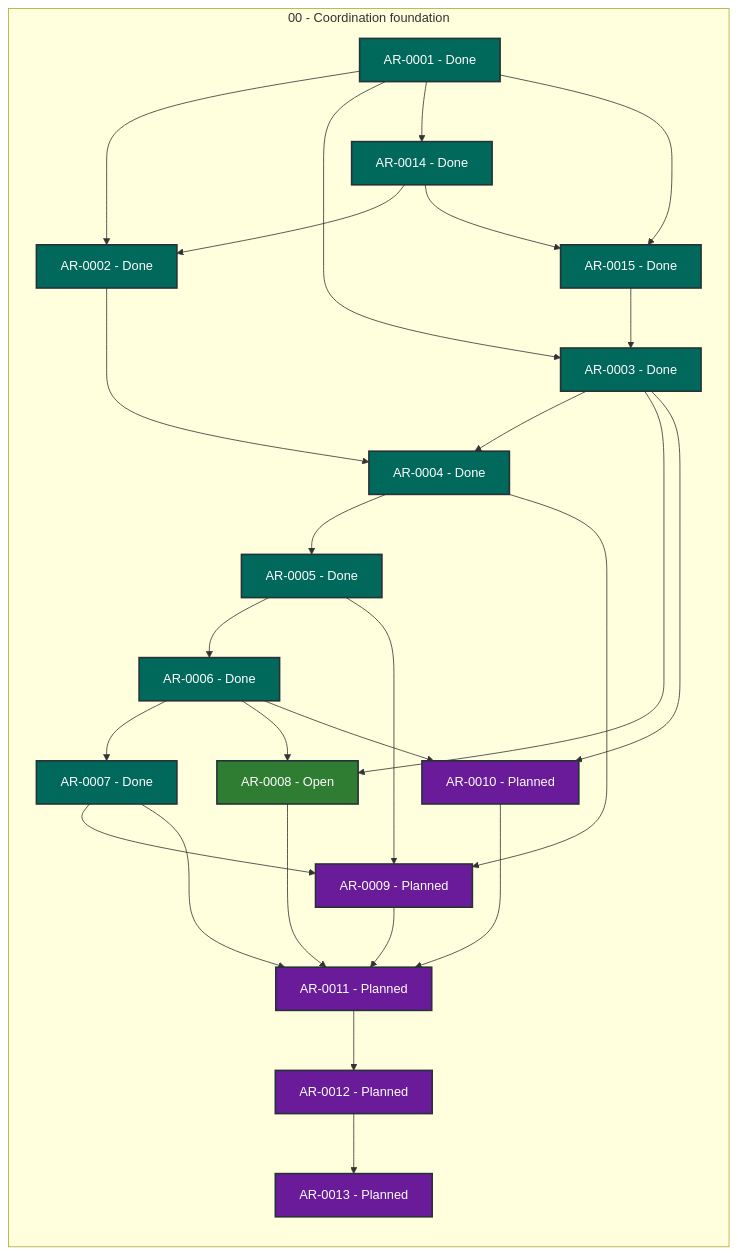
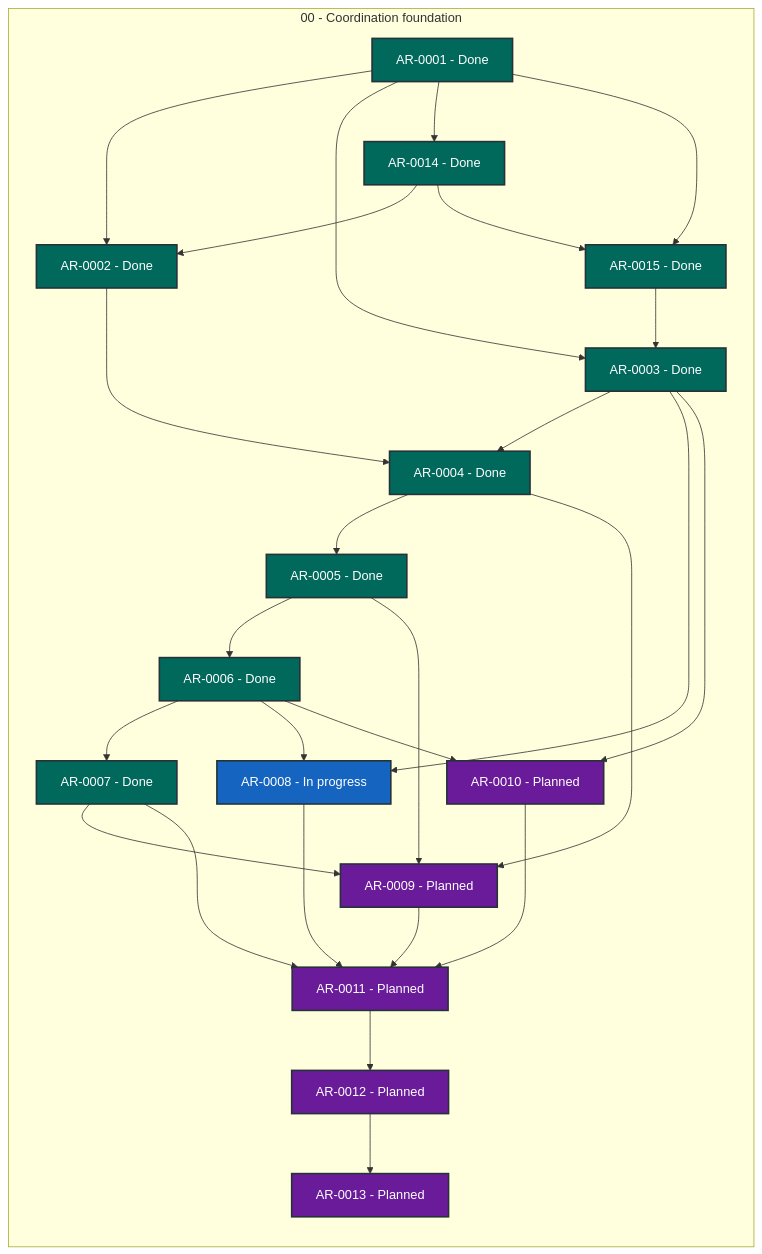
The diagram in STATUS.md (martin-beck/agent-workflow-tui-state), drawn with Mermaid before and after one commit. The commit also changed other lines of this file and 2 other files, not shown here.

````diff
--- a/STATUS.md
+++ b/STATUS.md
@@ -27,54 +27,54 @@
 ```mermaid
 flowchart LR
     subgraph series_00["00 - Coordination foundation"]
         direction TB
         AR_0001["AR-0001 - Done"]:::status_done
         AR_0002["AR-0002 - Done"]:::status_done
         AR_0003["AR-0003 - Done"]:::status_done
         AR_0004["AR-0004 - Done"]:::status_done
         AR_0005["AR-0005 - Done"]:::status_done
         AR_0006["AR-0006 - Done"]:::status_done
         AR_0007["AR-0007 - Done"]:::status_done
-        AR_0008["AR-0008 - Open"]:::status_open
+        AR_0008["AR-0008 - In progress"]:::status_in_progress
         AR_0009["AR-0009 - Planned"]:::status_planned
         AR_0010["AR-0010 - Planned"]:::status_planned
         AR_0011["AR-0011 - Planned"]:::status_planned
         AR_0012["AR-0012 - Planned"]:::status_planned
         AR_0013["AR-0013 - Planned"]:::status_planned
         AR_0014["AR-0014 - Done"]:::status_done
         AR_0015["AR-0015 - Done"]:::status_done
     end
     AR_0001 --> AR_0002
     AR_0001 --> AR_0003
     AR_0001 --> AR_0014
     AR_0001 --> AR_0015
     AR_0002 --> AR_0004
     AR_0003 --> AR_0004
     AR_0003 --> AR_0008
     AR_0003 --> AR_0010
     AR_0004 --> AR_0005
     AR_0004 --> AR_0009
     AR_0005 --> AR_0006
     AR_0005 --> AR_0009
     AR_0006 --> AR_0007
     AR_0006 --> AR_0008
     AR_0006 --> AR_0010
     AR_0007 --> AR_0009
     AR_0007 --> AR_0011
     AR_0008 --> AR_0011
     AR_0009 --> AR_0011
     AR_0010 --> AR_0011
     AR_0011 --> AR_0012
     AR_0012 --> AR_0013
     AR_0014 --> AR_0002
     AR_0014 --> AR_0015
     AR_0015 --> AR_0003
     classDef status_in_progress fill:#1565c0,color:#ffffff,stroke:#263238,stroke-width:2px
     classDef status_open fill:#2e7d32,color:#ffffff,stroke:#263238,stroke-width:2px
     classDef status_blocked fill:#c62828,color:#ffffff,stroke:#263238,stroke-width:2px
     classDef status_planned fill:#6a1b9a,color:#ffffff,stroke:#263238,stroke-width:2px
     classDef status_future fill:#455a64,color:#ffffff,stroke:#263238,stroke-width:2px
     classDef status_done fill:#00695c,color:#ffffff,stroke:#263238,stroke-width:2px
     classDef status_cancelled fill:#616161,color:#ffffff,stroke:#263238,stroke-width:2px
     classDef status_superseded fill:#5d4037,color:#ffffff,stroke:#263238,stroke-width:2px
 ```
````
